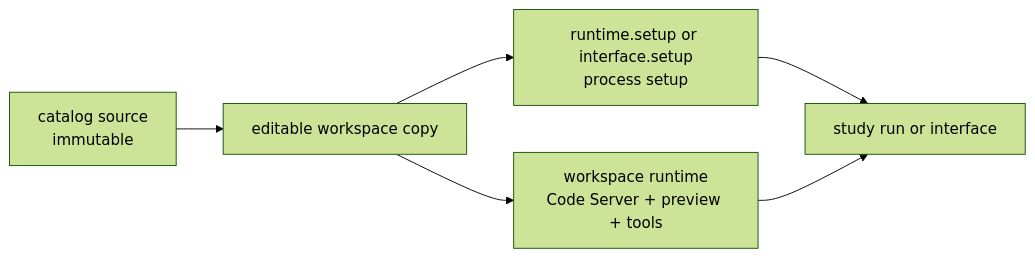
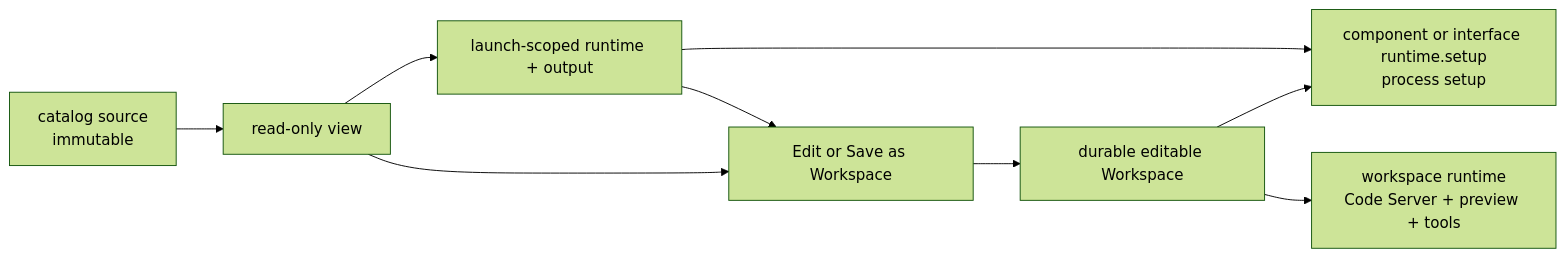
Before and after one commit to MINDS-THU/OptPilot: the diagram in studio/src/optpilot_studio/docs_assets/studio-workspaces.md, drawn with Mermaid (forest theme). The commit also changed other lines of this file and 779 other files, not shown here.

````diff
--- a/studio/src/optpilot_studio/docs_assets/studio-workspaces.md
+++ b/studio/src/optpilot_studio/docs_assets/studio-workspaces.md
@@ -49,14 +95,19 @@
 ```mermaid
 flowchart LR
   Catalog["catalog source\nimmutable"]
-  Copy["editable workspace copy"]
-  Setup["runtime.setup or interface.setup\nprocess setup"]
+  View["read-only view"]
+  Launch["launch-scoped runtime + output"]
+  Workspace["durable editable Workspace"]
+  Setup["component or interface runtime.setup\nprocess setup"]
   Runtime["workspace runtime\nCode Server + preview + tools"]
-  Run["study run or interface"]
+  Save["Edit or Save as Workspace"]
 
-  Catalog --> Copy
-  Copy --> Setup
-  Copy --> Runtime
-  Setup --> Run
-  Runtime --> Run
+  Catalog --> View
+  View --> Launch
+  Launch --> Setup
+  View --> Save
+  Launch --> Save
+  Save --> Workspace
+  Workspace --> Setup
+  Workspace --> Runtime
 ```
````
